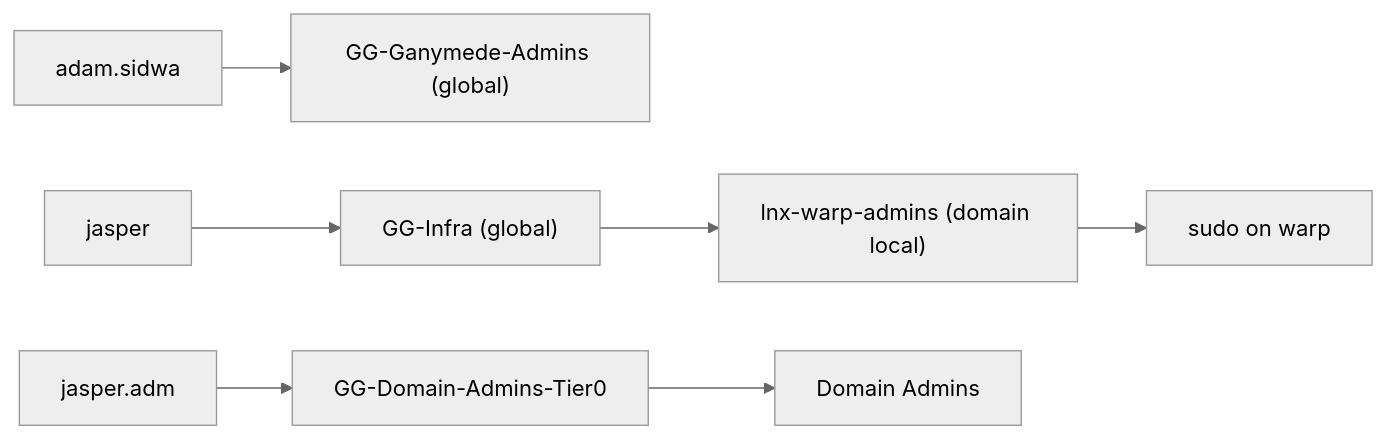
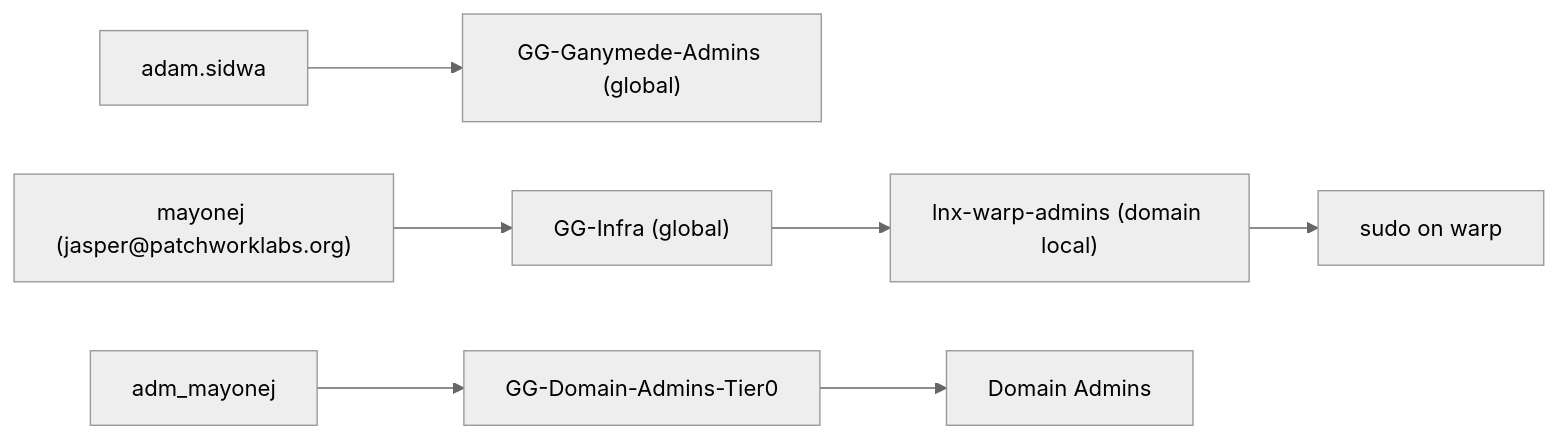
Before and after one commit to patchworklabsorg/infra: the diagram in ad/README.md, drawn with Mermaid (neutral theme). The commit also changed other lines of this file and 5 other files, not shown here.

````diff
--- a/ad/README.md
+++ b/ad/README.md
@@ -20,8 +22,8 @@
 ```mermaid
 flowchart LR
   user["adam.sidwa"] --> role["GG-Ganymede-Admins (global)"]
-  infra["jasper"] --> gginfra["GG-Infra (global)"]
+  infra["mayonej (jasper@patchworklabs.org)"] --> gginfra["GG-Infra (global)"]
   gginfra --> lnx["lnx-warp-admins (domain local)"]
   lnx --> perm["sudo on warp"]
-  adm["jasper.adm"] --> t0["GG-Domain-Admins-Tier0"] --> da["Domain Admins"]
+  adm["adm_mayonej"] --> t0["GG-Domain-Admins-Tier0"] --> da["Domain Admins"]
 ```
````
